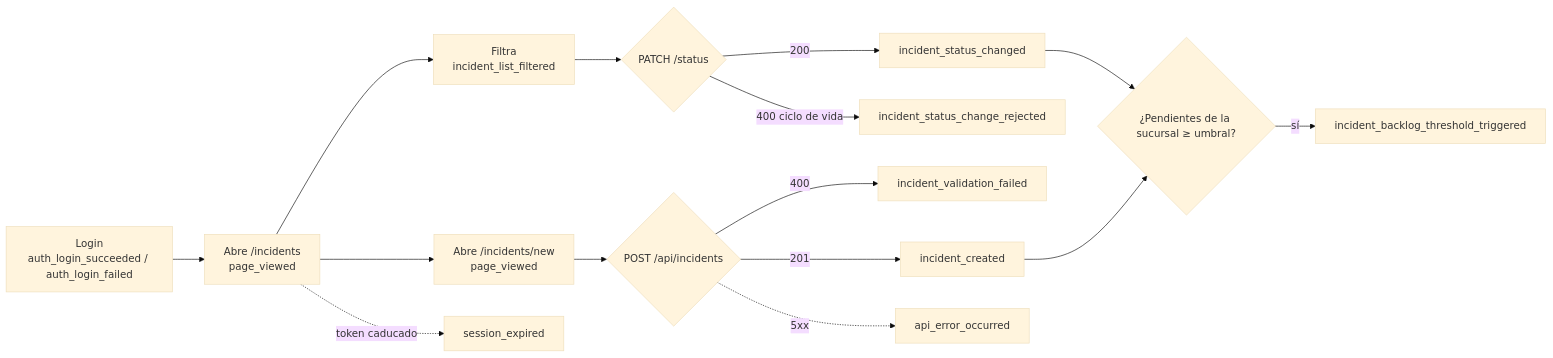
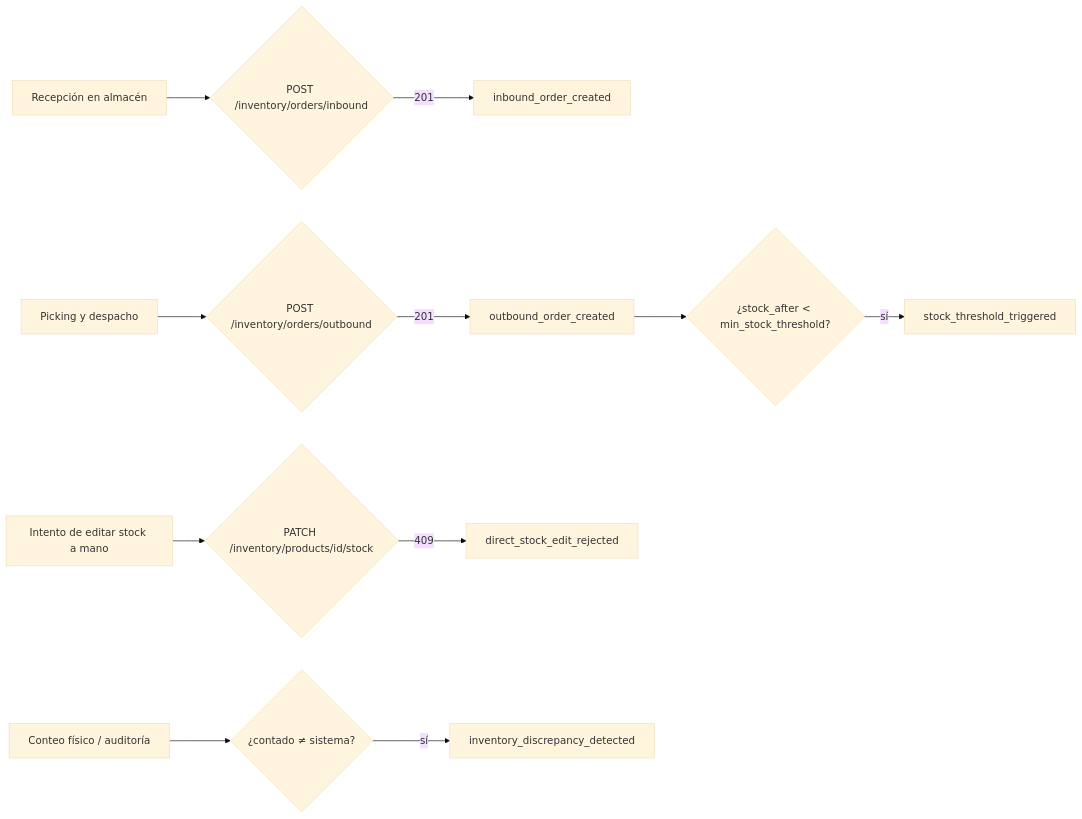
The diagram in docs/telemetry/telemetry-plan.md (alfonsofrek/ai-engineering-company-project-monorepo), drawn with Mermaid (base theme) before and after one commit. The commit also changed other lines of this file and 3 other files, not shown here.

````diff
--- a/docs/telemetry/telemetry-plan.md
+++ b/docs/telemetry/telemetry-plan.md
@@ -45,17 +44,13 @@
 ```mermaid
 flowchart LR
-  A[Login<br/>auth_login_succeeded / auth_login_failed] --> B[Abre /incidents<br/>page_viewed]
-  B --> C[Filtra<br/>incident_list_filtered]
-  B --> D[Abre /incidents/new<br/>page_viewed]
-  D --> E{POST /api/incidents}
-  E -- 400 --> F[incident_validation_failed]
-  E -- 201 --> G[incident_created]
-  G --> H{¿Pendientes de la sucursal ≥ umbral?}
-  H -- sí --> I[incident_backlog_threshold_triggered]
-  C --> J{PATCH /status}
-  J -- 200 --> K[incident_status_changed]
-  J -- 400 ciclo de vida --> L[incident_status_change_rejected]
-  K --> H
-  B -. token caducado .-> M[session_expired]
-  E -. 5xx .-> N[api_error_occurred]
+  A[Recepción en almacén] --> B{POST /inventory/orders/inbound}
+  B -- 201 --> C[inbound_order_created]
+  D[Picking y despacho] --> E{POST /inventory/orders/outbound}
+  E -- 201 --> F[outbound_order_created]
+  F --> G{¿stock_after < min_stock_threshold?}
+  G -- sí --> H[stock_threshold_triggered]
+  I[Intento de editar stock a mano] --> J{PATCH /inventory/products/id/stock}
+  J -- 409 --> K[direct_stock_edit_rejected]
+  L[Conteo físico / auditoría] --> M{¿contado ≠ sistema?}
+  M -- sí --> N[inventory_discrepancy_detected]
 ```
````
